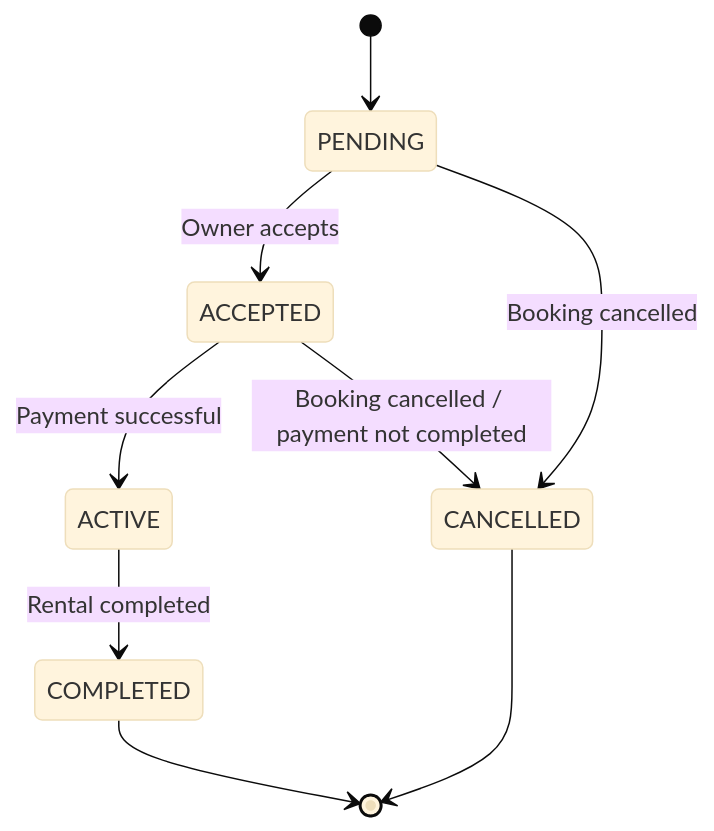
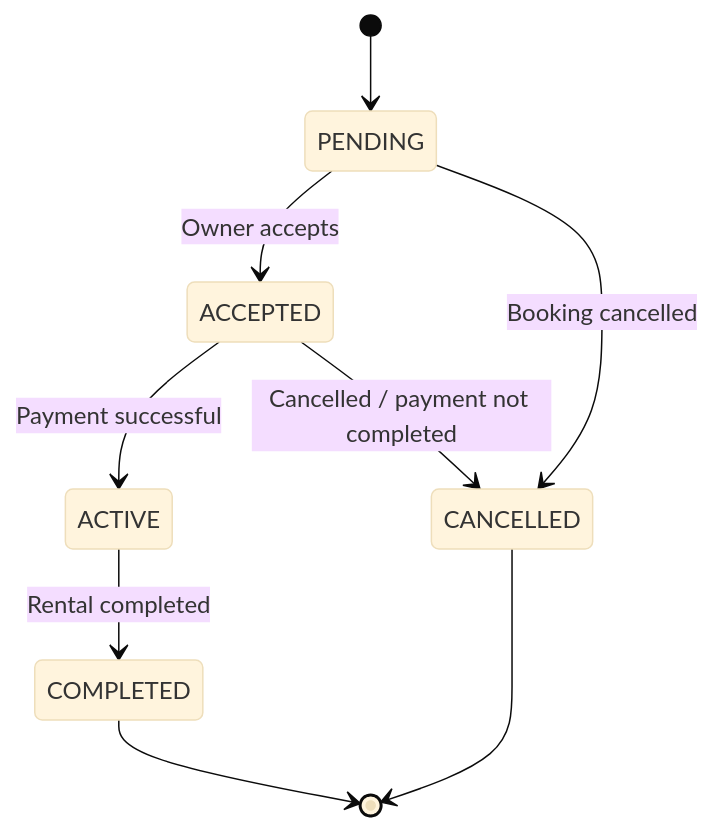
Before and after one commit to atul94063/Orra: the third of 4 diagrams in README.md, drawn with Mermaid (base theme). The commit also changed other lines of this file, not shown here.

````diff
--- a/README.md
+++ b/README.md
@@ -167,16 +165,16 @@
 ```mermaid
 stateDiagram-v2
 
     [*] --> PENDING
 
     PENDING --> ACCEPTED : Owner accepts
     PENDING --> CANCELLED : Booking cancelled
 
     ACCEPTED --> ACTIVE : Payment successful
-    ACCEPTED --> CANCELLED : Booking cancelled / payment not completed
+    ACCEPTED --> CANCELLED : Cancelled / payment not completed
 
     ACTIVE --> COMPLETED : Rental completed
 
     COMPLETED --> [*]
     CANCELLED --> [*]
 ```
````
